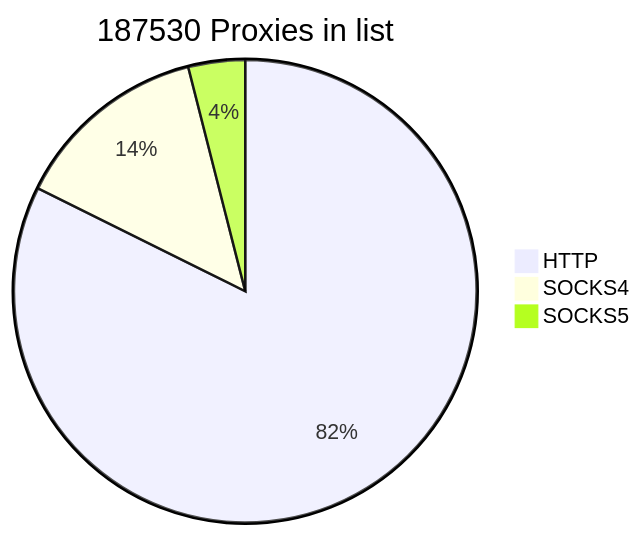
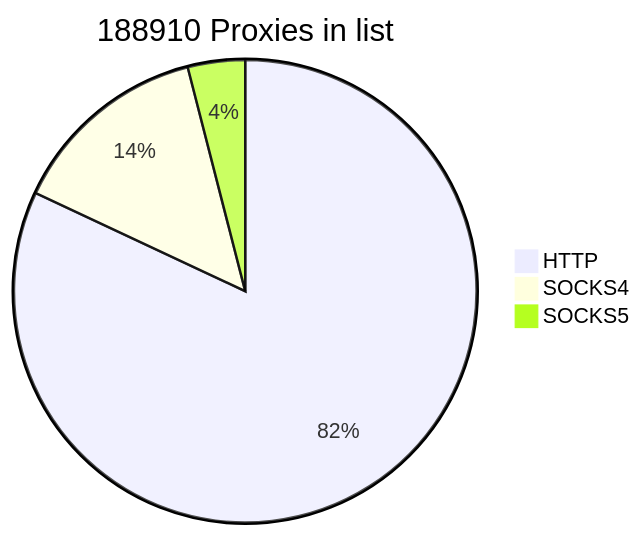
Before and after one commit to cutipu/proxylist: the first of 2 diagrams in README.md, drawn with Mermaid. The commit also changed other lines of this file, not shown here.

````diff
--- a/README.md
+++ b/README.md
@@ -2,7 +2,7 @@
 ```mermaid
-pie title 187530 Proxies in list
-    "HTTP" : 154394
-    "SOCKS4" : 25700
-    "SOCKS5" : 7436
+pie title 188910 Proxies in list
+    "HTTP" : 154865
+    "SOCKS4" : 26484
+    "SOCKS5" : 7561
             
 ```
````
